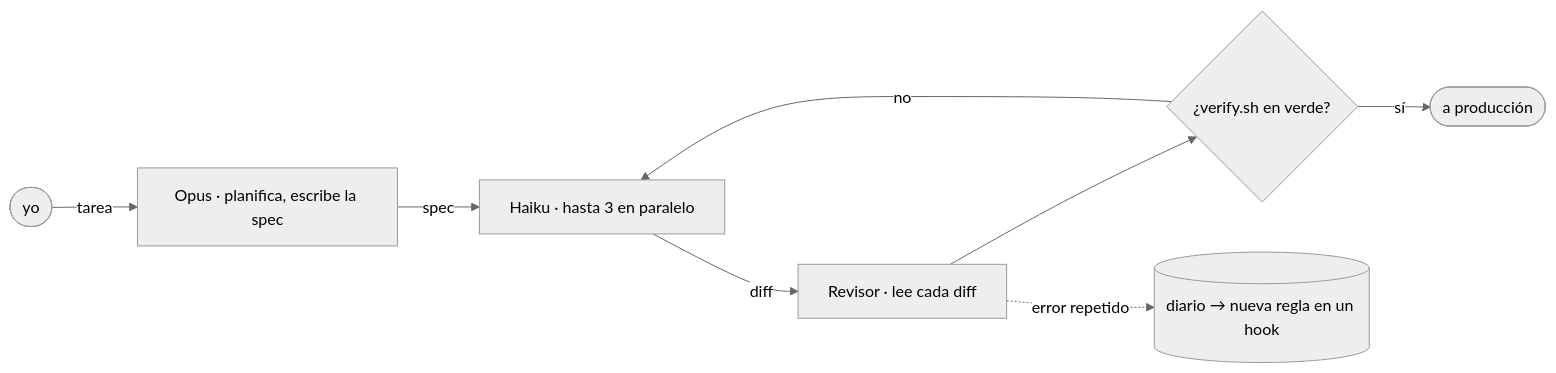
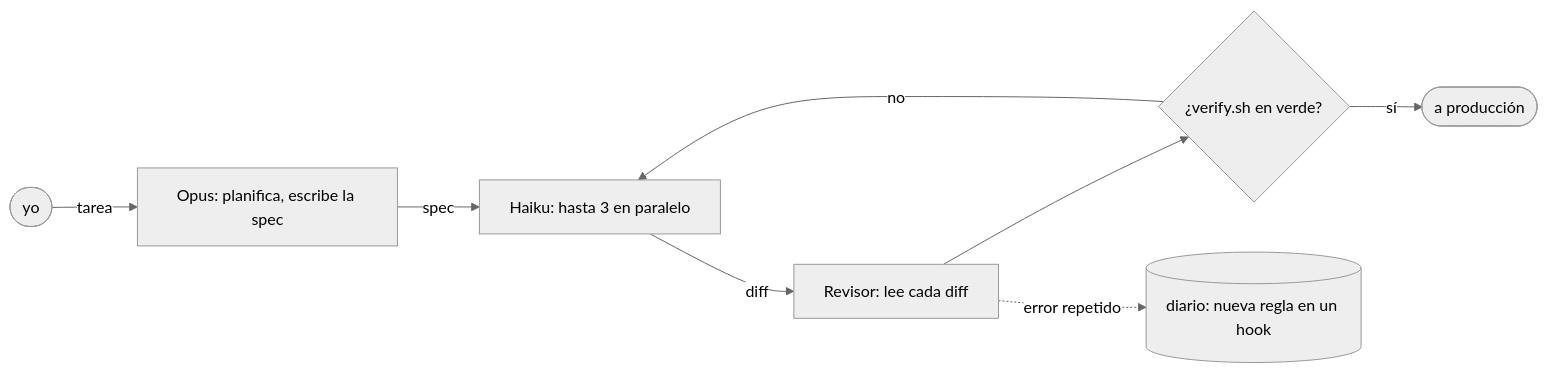
The diagram in i18n/README.es.md (sysrootix/sysrootix), drawn with Mermaid (neutral theme) before and after one commit. The commit also changed 4 other files, not shown here.

Commit message:
Fix flowchart for GitHub's mermaid

````diff
--- a/i18n/README.es.md
+++ b/i18n/README.es.md
@@ -31,10 +31,10 @@
 ```mermaid
 flowchart LR
-  me(["yo"]) -->|tarea| opus["Opus · planifica, escribe la spec"]
-  opus -->|spec| haiku["Haiku · hasta 3 en paralelo"]
-  haiku -->|diff| rev["Revisor · lee cada diff"]
-  rev --> ok{"¿verify.sh en verde?"}
-  ok -->|sí| ship(["a producción"])
-  ok -->|no| haiku
-  rev -.->|error repetido| log[("diario → nueva regla en un hook")]
+  ME([yo]) -- tarea --> OP[Opus: planifica, escribe la spec]
+  OP -- spec --> HW[Haiku: hasta 3 en paralelo]
+  HW -- diff --> RV[Revisor: lee cada diff]
+  RV --> OK{¿verify.sh en verde?}
+  OK -- sí --> SH([a producción])
+  OK -- no --> HW
+  RV -. error repetido .-> JR[(diario: nueva regla en un hook)]
 ```
````
